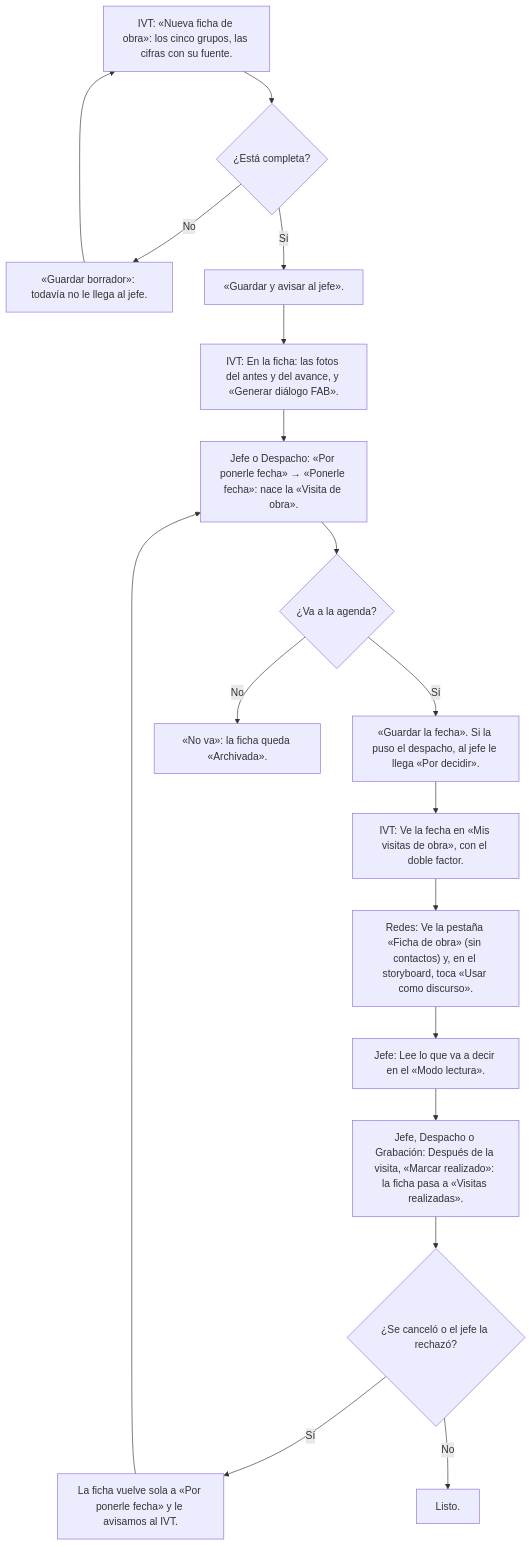
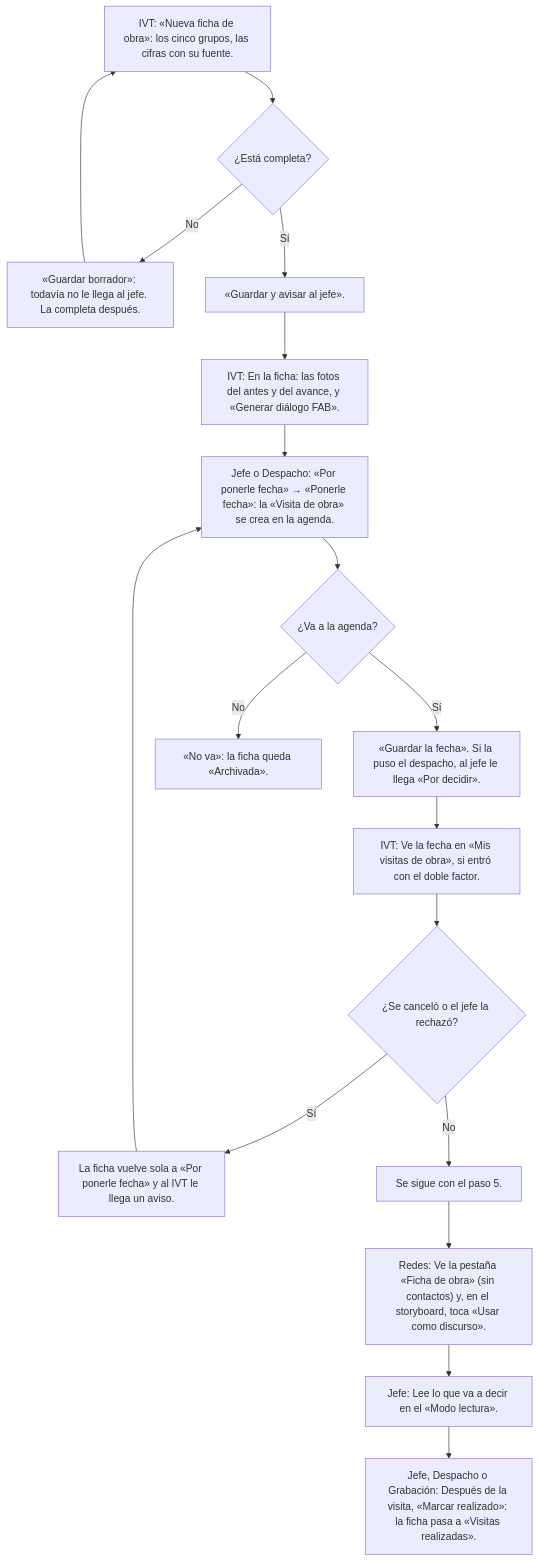
The second of 9 diagrams in app-freddy-bernal/docs/FLUJOS.md (fbvenezuela/Gestionapp), drawn with Mermaid before and after one commit. The commit also changed other lines of this file and 44 other files, not shown here.

````diff
--- a/app-freddy-bernal/docs/FLUJOS.md
+++ b/app-freddy-bernal/docs/FLUJOS.md
@@ -76,27 +76,27 @@
 ```mermaid
 flowchart TD
   obra_ficha["IVT: «Nueva ficha de obra»: los cinco grupos, las cifras con su fuente."]
   obra_ficha --> obra_ficha_q{"¿Está completa?"}
-  obra_ficha_q -- No --> obra_ficha_b1["«Guardar borrador»: todavía no le llega al jefe."]
+  obra_ficha_q -- No --> obra_ficha_b1["«Guardar borrador»: todavía no le llega al jefe. La completa después."]
   obra_ficha_b1 --> obra_ficha
   obra_ficha_q -- Sí --> obra_ficha_b2["«Guardar y avisar al jefe»."]
   obra_ficha_b2 --> obra_fotos
   obra_fotos["IVT: En la ficha: las fotos del antes y del avance, y «Generar diálogo FAB»."]
   obra_fotos --> obra_fecha
-  obra_fecha["Jefe o Despacho: «Por ponerle fecha» → «Ponerle fecha»: nace la «Visita de obra»."]
+  obra_fecha["Jefe o Despacho: «Por ponerle fecha» → «Ponerle fecha»: la «Visita de obra» se crea en la agenda."]
   obra_fecha --> obra_fecha_q{"¿Va a la agenda?"}
   obra_fecha_q -- Sí --> obra_fecha_b1["«Guardar la fecha». Si la puso el despacho, al jefe le llega «Por decidir»."]
   obra_fecha_b1 --> obra_visitas
   obra_fecha_q -- No --> obra_fecha_b2["«No va»: la ficha queda «Archivada»."]
-  obra_visitas["IVT: Ve la fecha en «Mis visitas de obra», con el doble factor."]
-  obra_visitas --> obra_discurso
+  obra_visitas["IVT: Ve la fecha en «Mis visitas de obra», si entró con el doble factor."]
+  obra_visitas --> obra_visitas_q{"¿Se canceló o el jefe la rechazó?"}
+  obra_visitas_q -- Sí --> obra_visitas_b1["La ficha vuelve sola a «Por ponerle fecha» y al IVT le llega un aviso."]
+  obra_visitas_b1 --> obra_fecha
+  obra_visitas_q -- No --> obra_visitas_b2["Se sigue con el paso 5."]
+  obra_visitas_b2 --> obra_discurso
   obra_discurso["Redes: Ve la pestaña «Ficha de obra» (sin contactos) y, en el storyboard, toca «Usar como discurso»."]
   obra_discurso --> obra_lee
   obra_lee["Jefe: Lee lo que va a decir en el «Modo lectura»."]
   obra_lee --> obra_hecho
   obra_hecho["Jefe, Despacho o Grabación: Después de la visita, «Marcar realizado»: la ficha pasa a «Visitas realizadas»."]
-  obra_hecho --> obra_hecho_q{"¿Se canceló o el jefe la rechazó?"}
-  obra_hecho_q -- Sí --> obra_hecho_b1["La ficha vuelve sola a «Por ponerle fecha» y le avisamos al IVT."]
-  obra_hecho_b1 --> obra_fecha
-  obra_hecho_q -- No --> obra_hecho_b2["Listo."]
 ```
````
